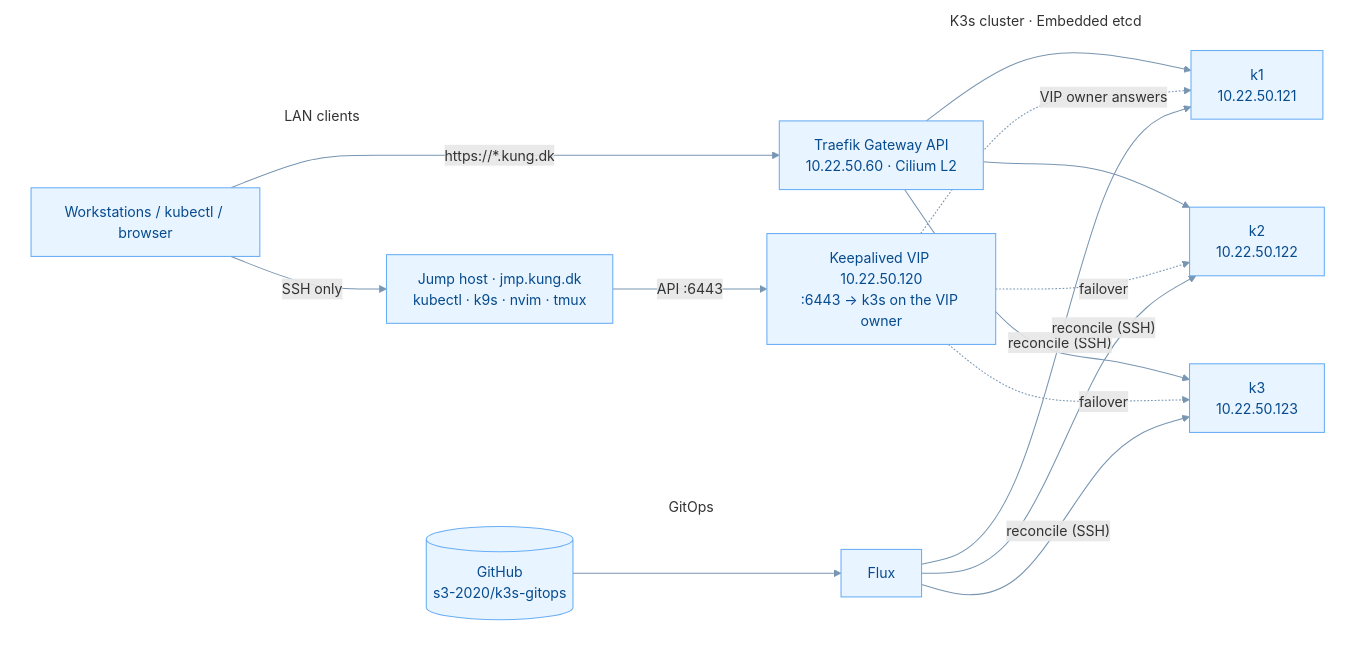
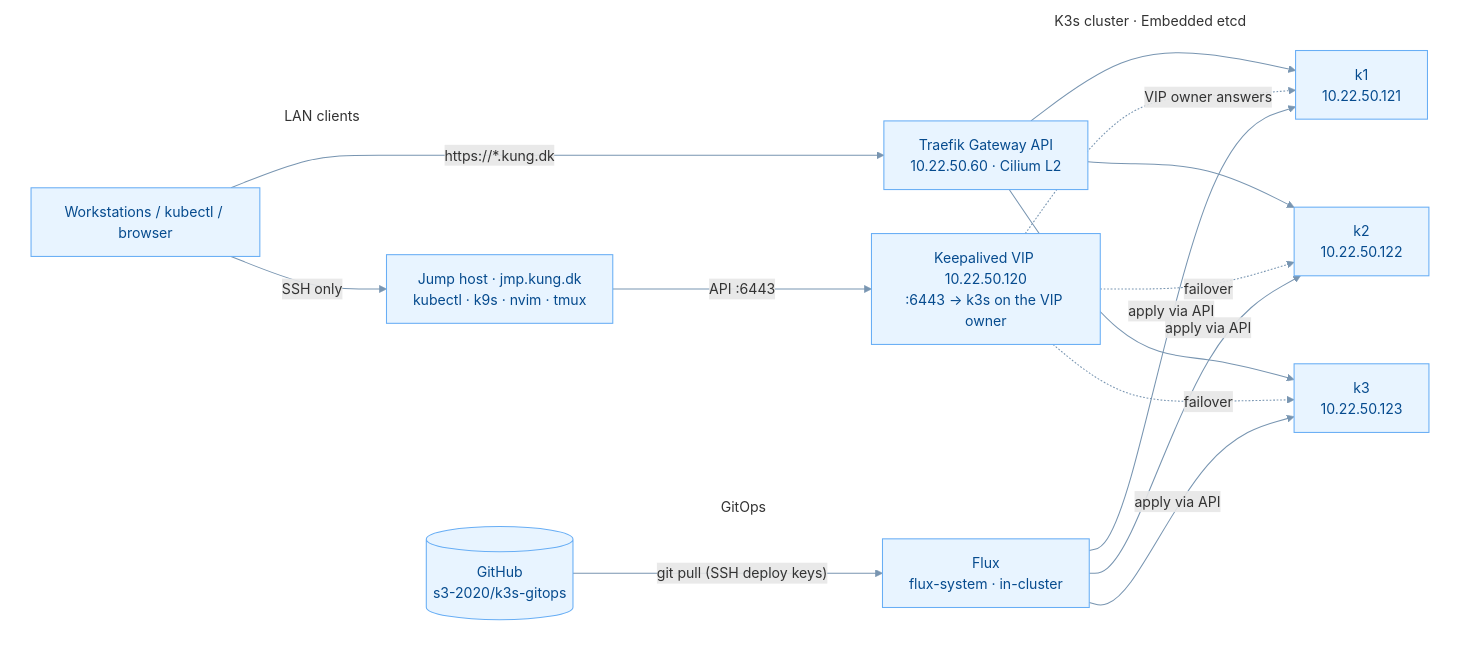
One commit to s3-2020/homelab changed the diagram in README.md. Above: the diagram before and after it, drawn with Mermaid. The commit also changed other lines of this file, not shown here.

Commit message:
Fix Flux flow: git pull over SSH from GitHub, apply via K8s API — reconcile never SSHes to nodes

````diff
--- a/README.md
+++ b/README.md
@@ -17,34 +17,36 @@
 ```mermaid
 flowchart LR
     subgraph LAN["LAN clients"]
         C["Workstations / kubectl / browser"]
         JMP["Jump host · jmp.kung.dk<br/>kubectl · k9s · nvim · tmux"]
     end
 
     subgraph GITOPS["GitOps"]
-        GH[("GitHub<br/>s3-2020/k3s-gitops")] --> FL["Flux"]
+        GH[("GitHub<br/>s3-2020/k3s-gitops")]
+        FL["Flux<br/>flux-system · in-cluster"]
     end
 
     subgraph K3S["K3s cluster · Embedded etcd"]
         TR["Traefik Gateway API<br/>10.22.50.60 · Cilium L2"]
         VIP["Keepalived VIP 10.22.50.120<br/>:6443 → k3s on the VIP owner"]
         K1["k1<br/>10.22.50.121"]
         K2["k2<br/>10.22.50.122"]
         K3["k3<br/>10.22.50.123"]
         TR --> K1 & K2 & K3
         VIP -.->|"VIP owner answers"| K1
         VIP -.->|"failover"| K2 & K3
     end
 
     C -->|"SSH only"| JMP
     JMP -->|"API :6443"| VIP
     C -->|"https://*.kung.dk"| TR
-    FL -->|"reconcile (SSH)"| K1 & K2 & K3
+    GH -->|"git pull (SSH deploy keys)"| FL
+    FL -->|"apply via API"| K1 & K2 & K3
 
     classDef box fill:#e8f4ff,stroke:#68aef5,color:#064b8e,stroke-width:1.2px
     class C,VIP,TR,GH,FL,K1,K2,K3,JMP box
     style LAN fill:transparent,stroke:transparent
     style GITOPS fill:transparent,stroke:transparent
     style K3S fill:transparent,stroke:transparent
     linkStyle default stroke:#7895b1,stroke-width:1.2px
 ```
````
